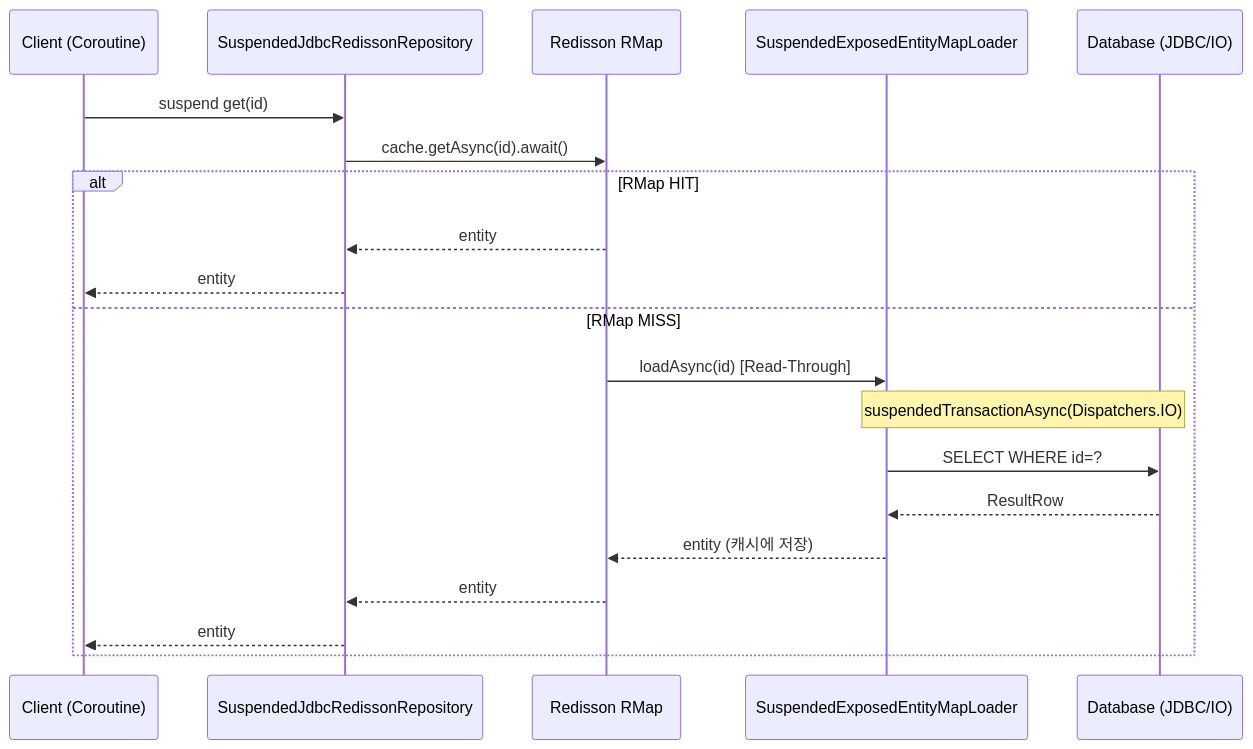
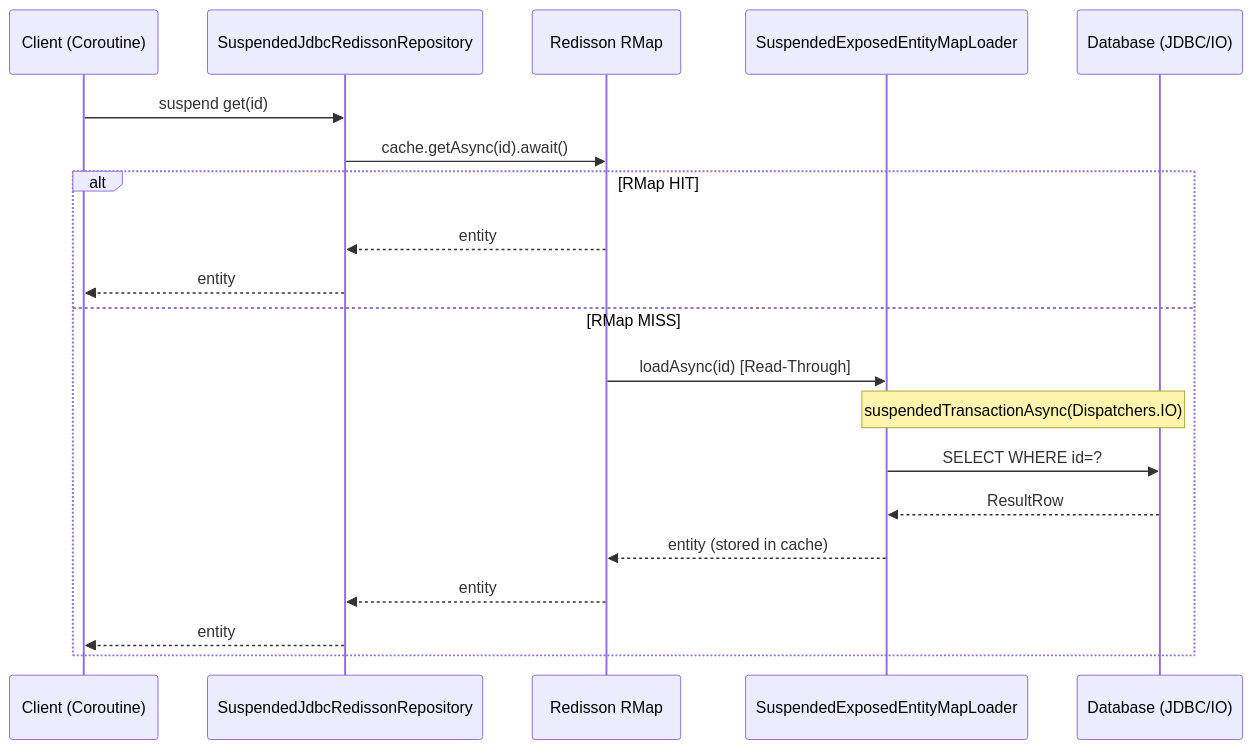
One commit to bluetape4k/bluetape4k-projects changed the seventh of 9 diagrams in data/exposed-jdbc-redisson/README.md. Above: the diagram before and after it, drawn with Mermaid. The commit also changed other lines of this file and 265 other files, not shown here.

````diff
--- a/data/exposed-jdbc-redisson/README.md
+++ b/data/exposed-jdbc-redisson/README.md
@@ -472,23 +473,23 @@
 ```mermaid
 sequenceDiagram
     participant Client as Client (Coroutine)
     participant Repo as SuspendedJdbcRedissonRepository
     participant RMap as Redisson RMap
     participant Loader as SuspendedExposedEntityMapLoader
     participant DB as Database (JDBC/IO)
 
     Client->>Repo: suspend get(id)
     Repo->>RMap: cache.getAsync(id).await()
     alt RMap HIT
         RMap-->>Repo: entity
         Repo-->>Client: entity
     else RMap MISS
         RMap->>Loader: loadAsync(id) [Read-Through]
         Note over Loader,DB: suspendedTransactionAsync(Dispatchers.IO)
         Loader->>DB: SELECT WHERE id=?
         DB-->>Loader: ResultRow
-        Loader-->>RMap: entity (캐시에 저장)
+        Loader-->>RMap: entity (stored in cache)
         RMap-->>Repo: entity
         Repo-->>Client: entity
     end
 ```
````
